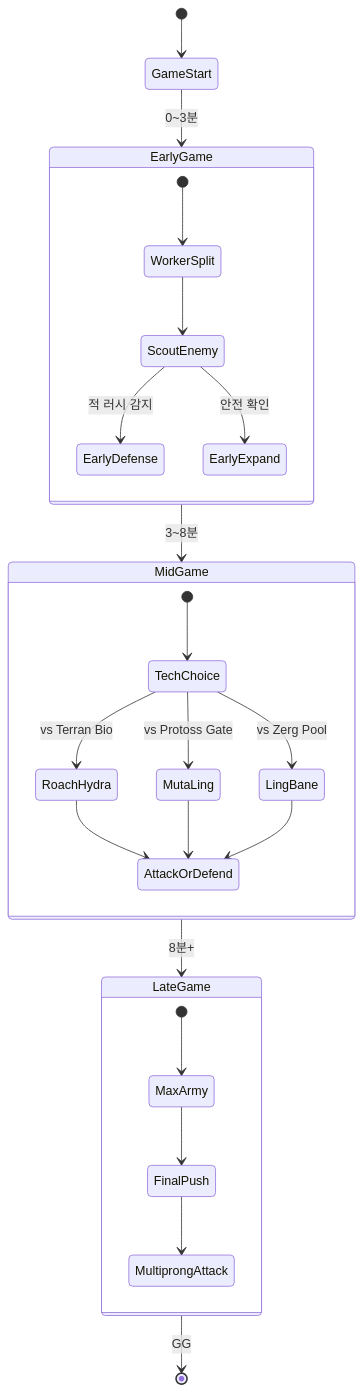
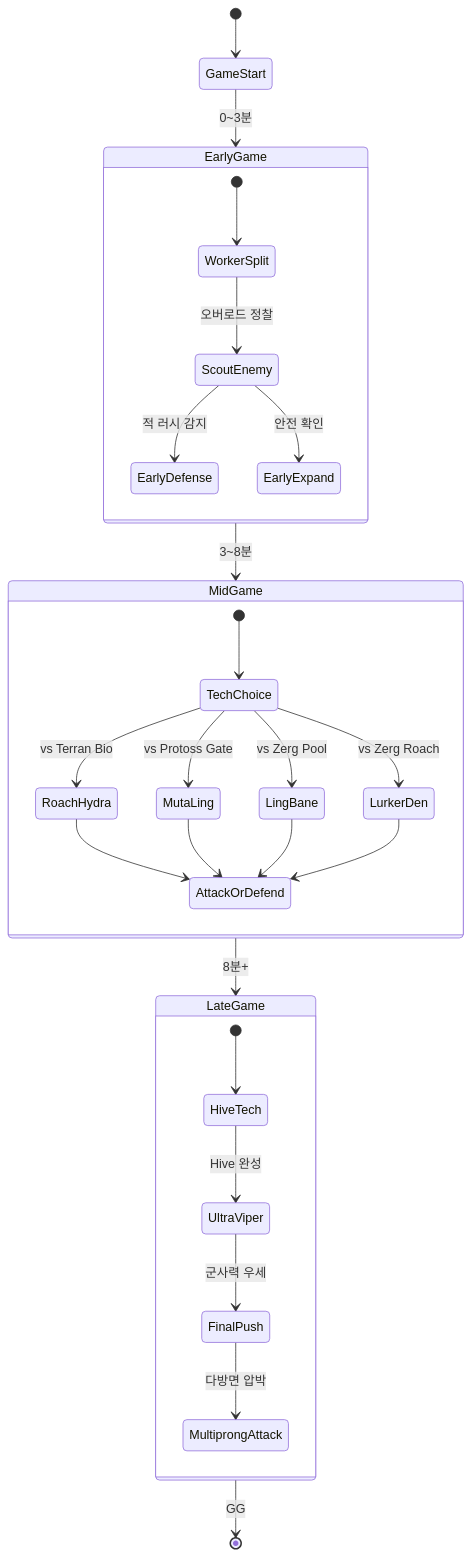
Before and after one commit to sun475300-sudo/Swarm-control-in-sc2bot: diagram 11 of 29 in README.md, drawn with Mermaid. The commit also changed other lines of this file, not shown here.

````diff
--- a/README.md
+++ b/README.md
@@ -976,34 +615,37 @@
 ```mermaid
 stateDiagram-v2
     [*] --> GameStart
     GameStart --> EarlyGame: 0~3분
 
     state EarlyGame {
         [*] --> WorkerSplit
-        WorkerSplit --> ScoutEnemy
+        WorkerSplit --> ScoutEnemy: 오버로드 정찰
         ScoutEnemy --> EarlyDefense: 적 러시 감지
         ScoutEnemy --> EarlyExpand: 안전 확인
     }
 
     EarlyGame --> MidGame: 3~8분
 
     state MidGame {
         [*] --> TechChoice
         TechChoice --> RoachHydra: vs Terran Bio
         TechChoice --> MutaLing: vs Protoss Gate
         TechChoice --> LingBane: vs Zerg Pool
+        TechChoice --> LurkerDen: vs Zerg Roach
         RoachHydra --> AttackOrDefend
         MutaLing --> AttackOrDefend
         LingBane --> AttackOrDefend
+        LurkerDen --> AttackOrDefend
     }
 
     MidGame --> LateGame: 8분+
 
     state LateGame {
-        [*] --> MaxArmy
-        MaxArmy --> FinalPush
-        FinalPush --> MultiprongAttack
+        [*] --> HiveTech
+        HiveTech --> UltraViper: Hive 완성
+        UltraViper --> FinalPush: 군사력 우세
+        FinalPush --> MultiprongAttack: 다방면 압박
     }
 
     LateGame --> [*]: GG
 ```
````
